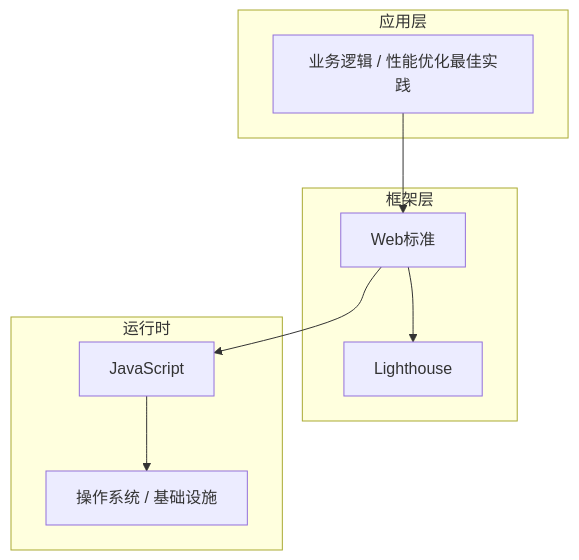
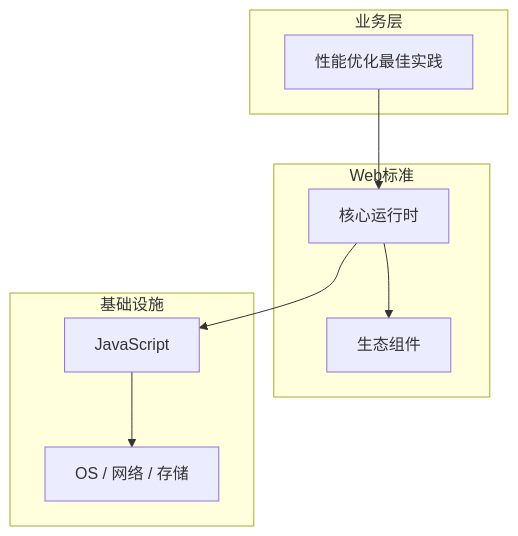
One commit to yanggan2015/knowledge-json-v2 changed the diagram in articles/Web性能优化/chapters/096-性能优化最佳实践核心概念与原理.md. Above: the diagram before and after it, drawn with Mermaid. The commit also changed other lines of this file and 10127 other files, not shown here.

````diff
--- a/articles/Web性能优化/chapters/096-性能优化最佳实践核心概念与原理.md
+++ b/articles/Web性能优化/chapters/096-性能优化最佳实践核心概念与原理.md
@@ -45,18 +34,18 @@
 ```mermaid
 graph TB
-    subgraph 应用层
-        A[业务逻辑 / 性能优化最佳实践]
+    subgraph 业务层
+        A[性能优化最佳实践]
     end
-    subgraph 框架层
-        B[Web标准]
-        C[Lighthouse]
+    subgraph Web标准
+        B[核心运行时]
+        C[生态组件]
     end
-    subgraph 运行时
+    subgraph 基础设施
         D[JavaScript]
-        E[操作系统 / 基础设施]
+        E[OS / 网络 / 存储]
     end
     A --> B
     B --> C
     B --> D
     D --> E
 ```
````
